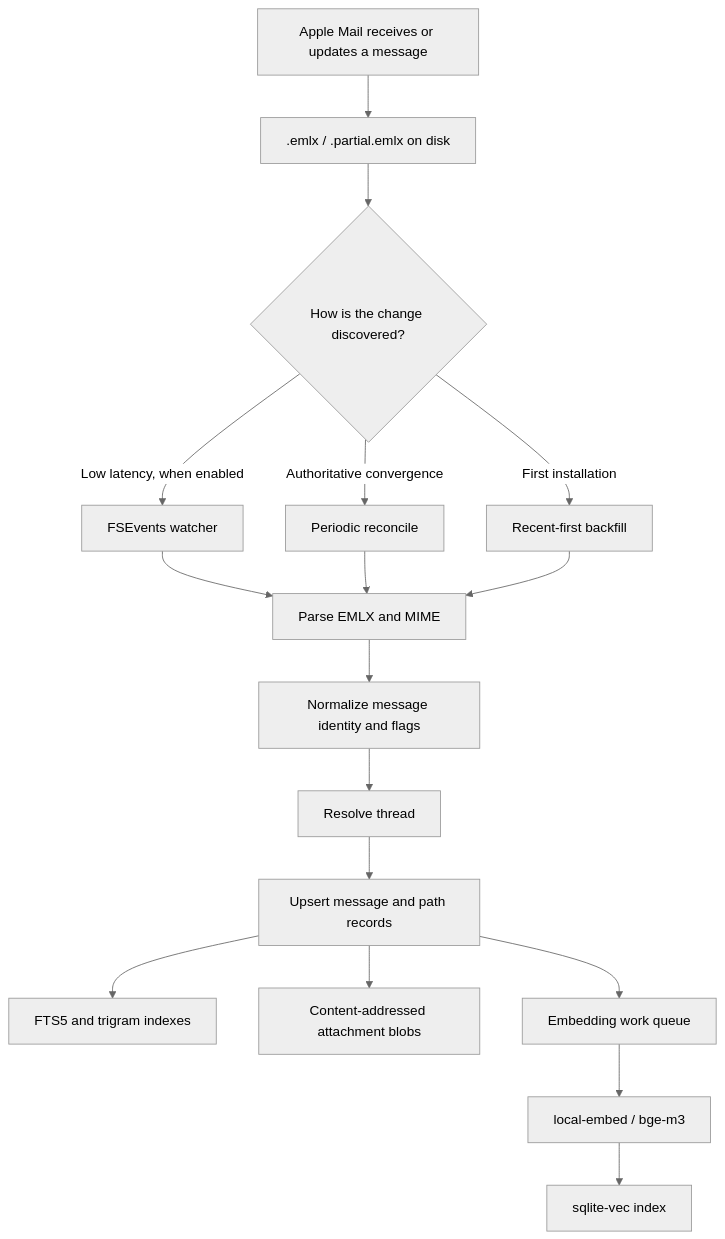
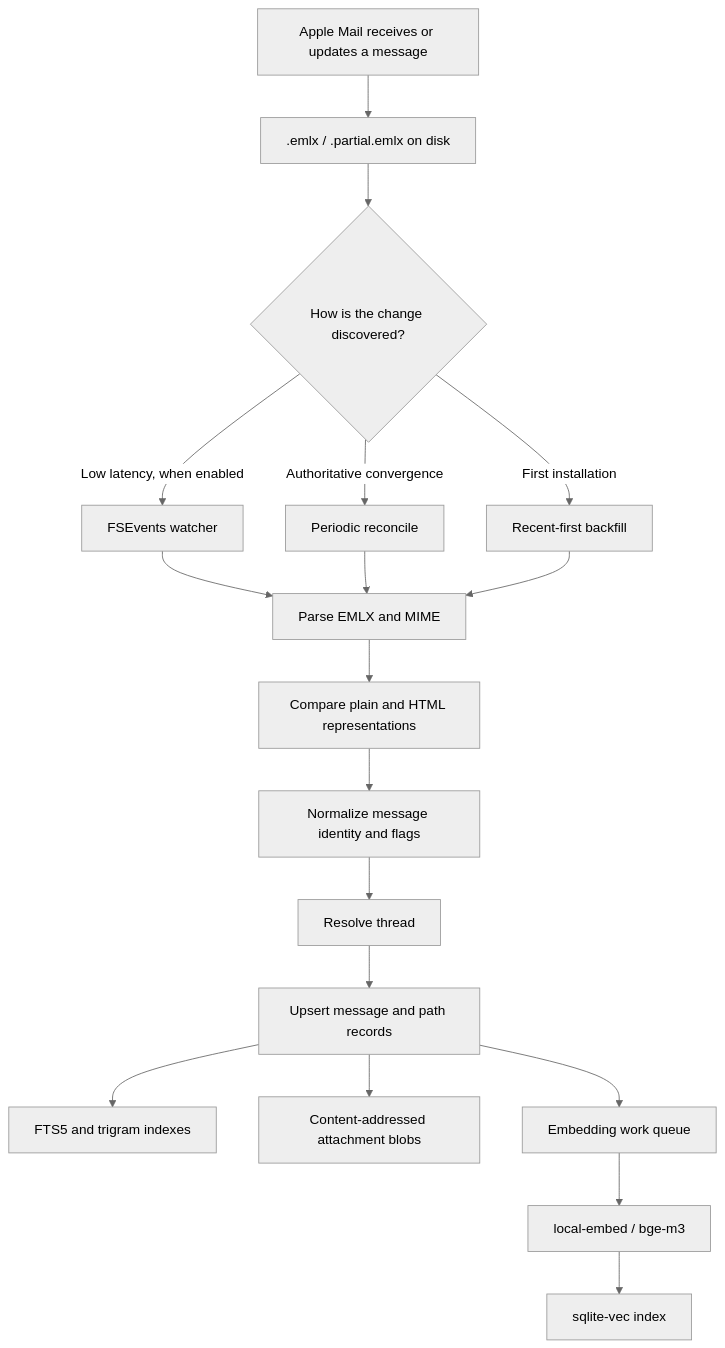
One commit to iFralex/Steward changed the sixth of 15 diagrams in README.md. Above: the diagram before and after it, drawn with Mermaid (neutral theme). The commit also changed other lines of this file and 3 other files, not shown here.

````diff
--- a/README.md
+++ b/README.md
@@ -808,19 +811,20 @@
 ```mermaid
 flowchart TD
     A[Apple Mail receives or updates a message] --> B[".emlx / .partial.emlx on disk"]
     B --> C{How is the change discovered?}
     C -->|Low latency, when enabled| D[FSEvents watcher]
     C -->|Authoritative convergence| E[Periodic reconcile]
     C -->|First installation| F[Recent-first backfill]
     D --> G[Parse EMLX and MIME]
     E --> G
     F --> G
-    G --> H[Normalize message identity and flags]
+    G --> P[Compare plain and HTML representations]
+    P --> H[Normalize message identity and flags]
     H --> I[Resolve thread]
     I --> J[Upsert message and path records]
     J --> K[FTS5 and trigram indexes]
     J --> L[Content-addressed attachment blobs]
     J --> M[Embedding work queue]
     M --> N["local-embed / bge-m3"]
     N --> O[sqlite-vec index]
 ```
````
